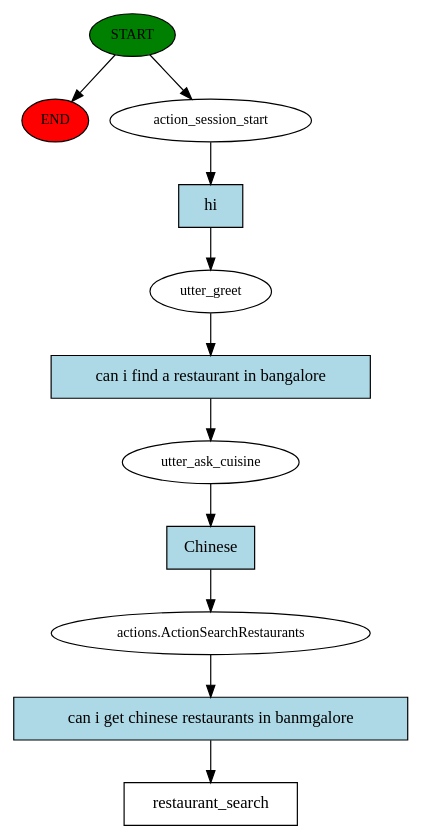
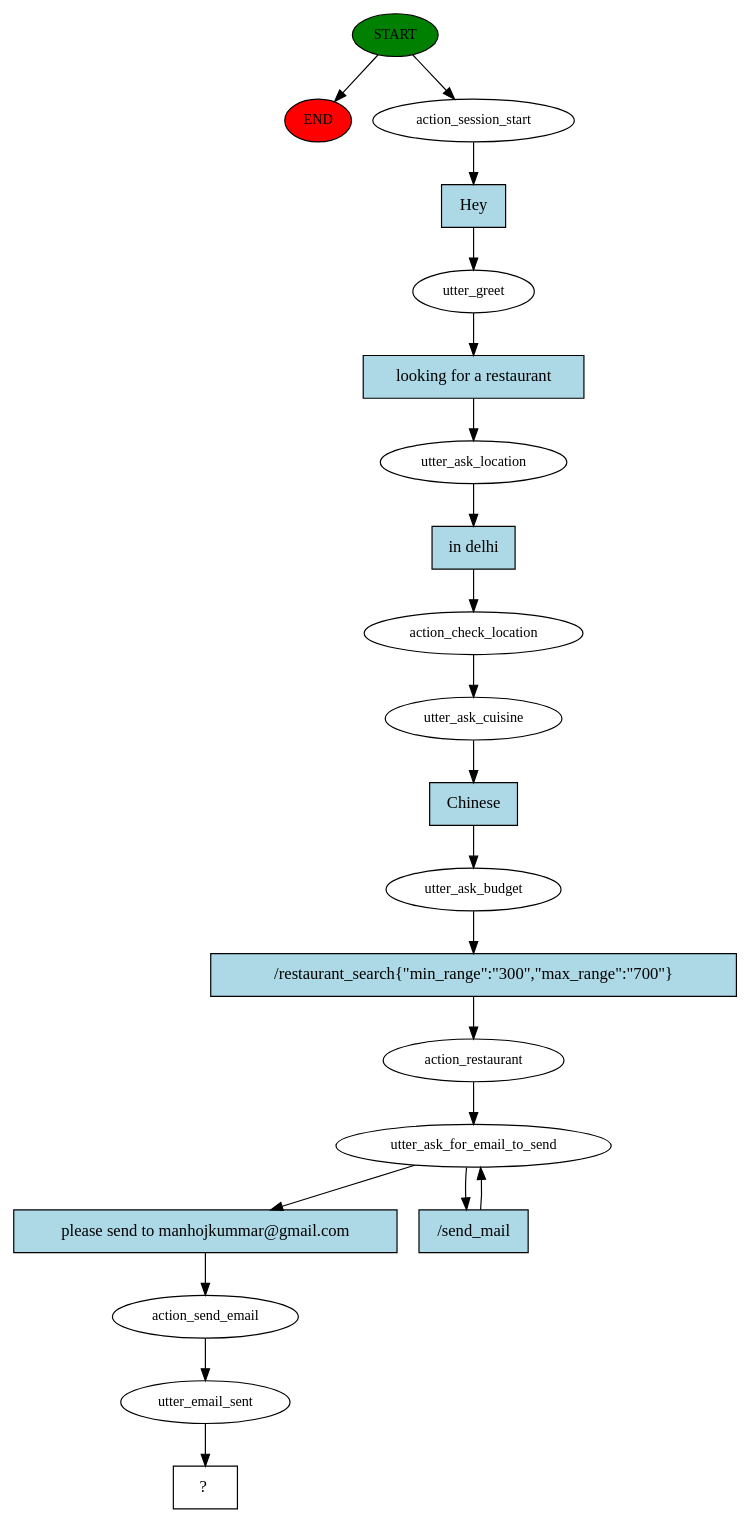
The diagram in story_graph.dot (Manoj15/foodie_bot), drawn with Graphviz before and after one commit. The commit also changed 45 other files, not shown here.

```diff
--- a/story_graph.dot
+++ b/story_graph.dot
@@ -1,23 +1,42 @@
 digraph  {
 0 [class="start active", fillcolor=green, fontsize=12, label=START, style=filled];
 "-1" [class=end, fillcolor=red, fontsize=12, label=END, style=filled];
 1 [class=active, fontsize=12, label=action_session_start];
 2 [class=active, fontsize=12, label=utter_greet];
-3 [class=active, fontsize=12, label=utter_ask_cuisine];
-4 [class=active, fontsize=12, label="actions.ActionSearchRestaurants"];
-5 [class="intent dashed active", label=restaurant_search, shape=rect];
-6 [class="intent active", fillcolor=lightblue, label=hi, shape=rect, style=filled];
-7 [class="intent active", fillcolor=lightblue, label="can i find a restaurant in bangalore", shape=rect, style=filled];
-8 [class="intent active", fillcolor=lightblue, label=Chinese, shape=rect, style=filled];
-9 [class="intent active", fillcolor=lightblue, label="can i get chinese restaurants in banmgalore", shape=rect, style=filled];
+3 [class=active, fontsize=12, label=utter_ask_location];
+4 [class=active, fontsize=12, label=action_check_location];
+5 [class=active, fontsize=12, label=utter_ask_cuisine];
+6 [class=active, fontsize=12, label=utter_ask_budget];
+7 [class=active, fontsize=12, label=action_restaurant];
+8 [class=active, fontsize=12, label=utter_ask_for_email_to_send];
+10 [class=active, fontsize=12, label=action_send_email];
+11 [class=active, fontsize=12, label=utter_email_sent];
+12 [class="intent dashed active", label="  ?  ", shape=rect];
+13 [class="intent active", fillcolor=lightblue, label=Hey, shape=rect, style=filled];
+14 [class="intent active", fillcolor=lightblue, label="looking for a restaurant", shape=rect, style=filled];
+15 [class="intent active", fillcolor=lightblue, label="in delhi", shape=rect, style=filled];
+16 [class="intent active", fillcolor=lightblue, label=Chinese, shape=rect, style=filled];
+17 [class="intent active", fillcolor=lightblue, label="/restaurant_search{\"min_range\":\"300\",\"max_range\":\"700\"}", shape=rect, style=filled];
+18 [class="intent active", fillcolor=lightblue, label="please send to manhojkummar@gmail.com", shape=rect, style=filled];
+19 [class="intent active", fillcolor=lightblue, label="/send_mail", shape=rect, style=filled];
 0 -> "-1"  [class="", key=NONE, label=""];
 0 -> 1  [class=active, key=NONE, label=""];
-1 -> 6  [class=active, key=0];
-2 -> 7  [class=active, key=0];
-3 -> 8  [class=active, key=0];
-4 -> 9  [class=active, key=0];
-6 -> 2  [class=active, key=0];
-7 -> 3  [class=active, key=0];
-8 -> 4  [class=active, key=0];
-9 -> 5  [class=active, key=0];
+1 -> 13  [class=active, key=0];
+2 -> 14  [class=active, key=0];
+3 -> 15  [class=active, key=0];
+4 -> 5  [class=active, key=NONE, label=""];
+5 -> 16  [class=active, key=0];
+6 -> 17  [class=active, key=0];
+7 -> 8  [class=active, key=NONE, label=""];
+8 -> 18  [class=active, key=0];
+8 -> 19  [class=active, key=0];
+10 -> 11  [class=active, key=NONE, label=""];
+11 -> 12  [class=active, key=NONE, label=""];
+13 -> 2  [class=active, key=0];
+14 -> 3  [class=active, key=0];
+15 -> 4  [class=active, key=0];
+16 -> 6  [class=active, key=0];
+17 -> 7  [class=active, key=0];
+18 -> 10  [class=active, key=0];
+19 -> 8  [class=active, key=0];
 }
```
